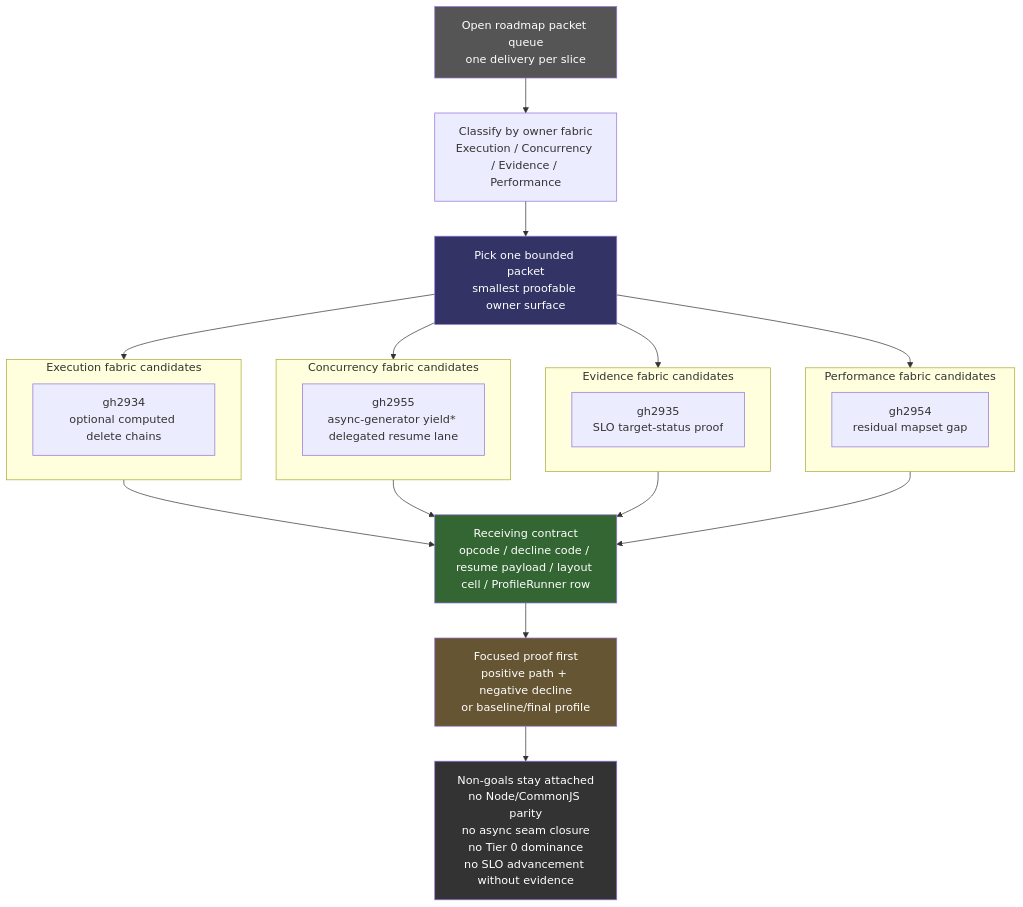
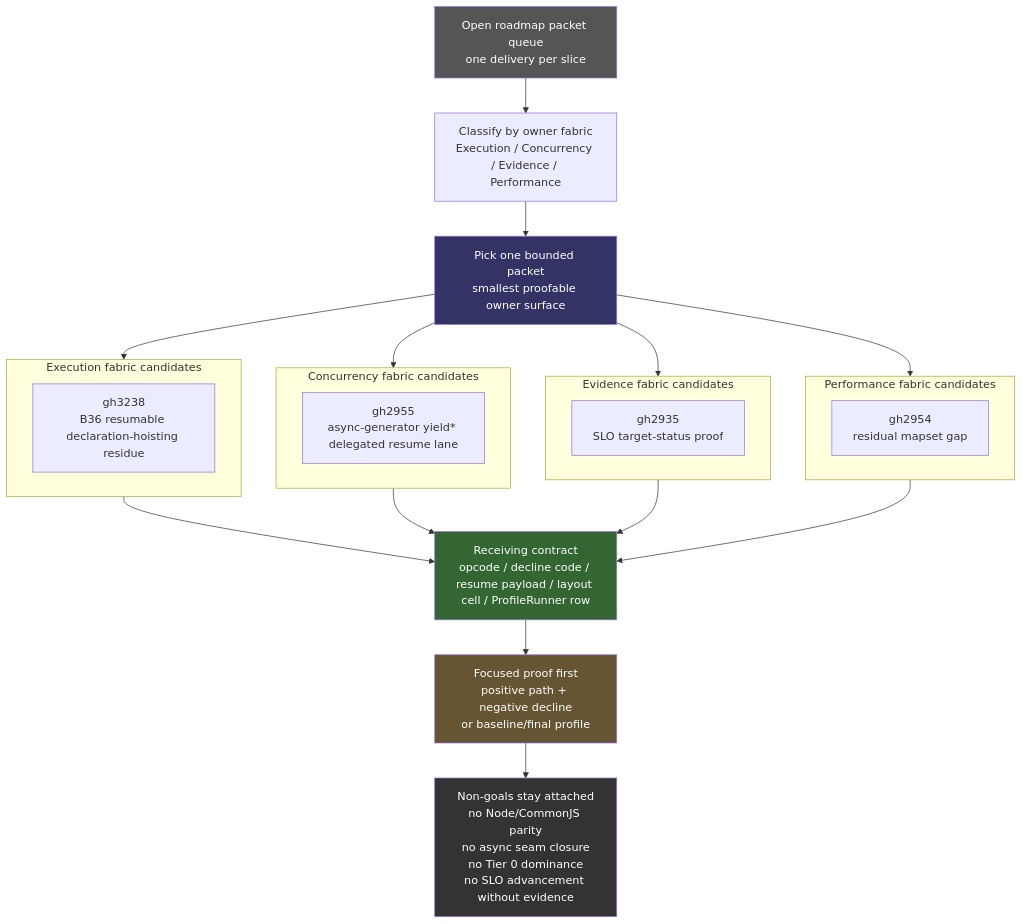
Before and after one commit to asynkron/Asynkron.JsEngine: diagram 36 of 38 in docs/dreaming.md, drawn with Mermaid. The commit also changed other lines of this file and 1 other file, not shown here.

````diff
--- a/docs/dreaming.md
+++ b/docs/dreaming.md
@@ -1460,43 +1460,43 @@
 ```mermaid
 flowchart TD
     QUEUE["Open roadmap packet queue\none delivery per slice"]
     CLASSIFY["Classify by owner fabric\nExecution / Concurrency / Evidence / Performance"]
     PICK["Pick one bounded packet\nsmallest proofable owner surface"]
 
     subgraph Execution["Execution fabric candidates"]
-        G2934["gh2934\noptional computed delete chains"]
+        G3238["gh3238\nB36 resumable declaration-hoisting residue"]
     end
 
     subgraph Concurrency["Concurrency fabric candidates"]
         G2955["gh2955\nasync-generator yield* delegated resume lane"]
     end
 
     subgraph Evidence["Evidence fabric candidates"]
         G2935["gh2935\nSLO target-status proof"]
     end
 
     subgraph Perf["Performance fabric candidates"]
         G2954["gh2954\nresidual mapset gap"]
     end
 
     CONTRACT["Receiving contract\nopcode / decline code / resume payload / layout cell / ProfileRunner row"]
     PROOF["Focused proof first\npositive path + negative decline\nor baseline/final profile"]
     NONCLAIM["Non-goals stay attached\nno Node/CommonJS parity\nno async seam closure\nno Tier 0 dominance\nno SLO advancement without evidence"]
 
     QUEUE --> CLASSIFY --> PICK
     PICK --> Execution
     PICK --> Concurrency
     PICK --> Evidence
     PICK --> Perf
     Execution --> CONTRACT
     Concurrency --> CONTRACT
     Evidence --> CONTRACT
     Perf --> CONTRACT
     CONTRACT --> PROOF --> NONCLAIM
 
     style QUEUE fill:#555,color:#fff
     style PICK fill:#336,color:#fff
     style CONTRACT fill:#363,color:#fff
     style PROOF fill:#653,color:#fff
     style NONCLAIM fill:#333,color:#fff
 ```
````
